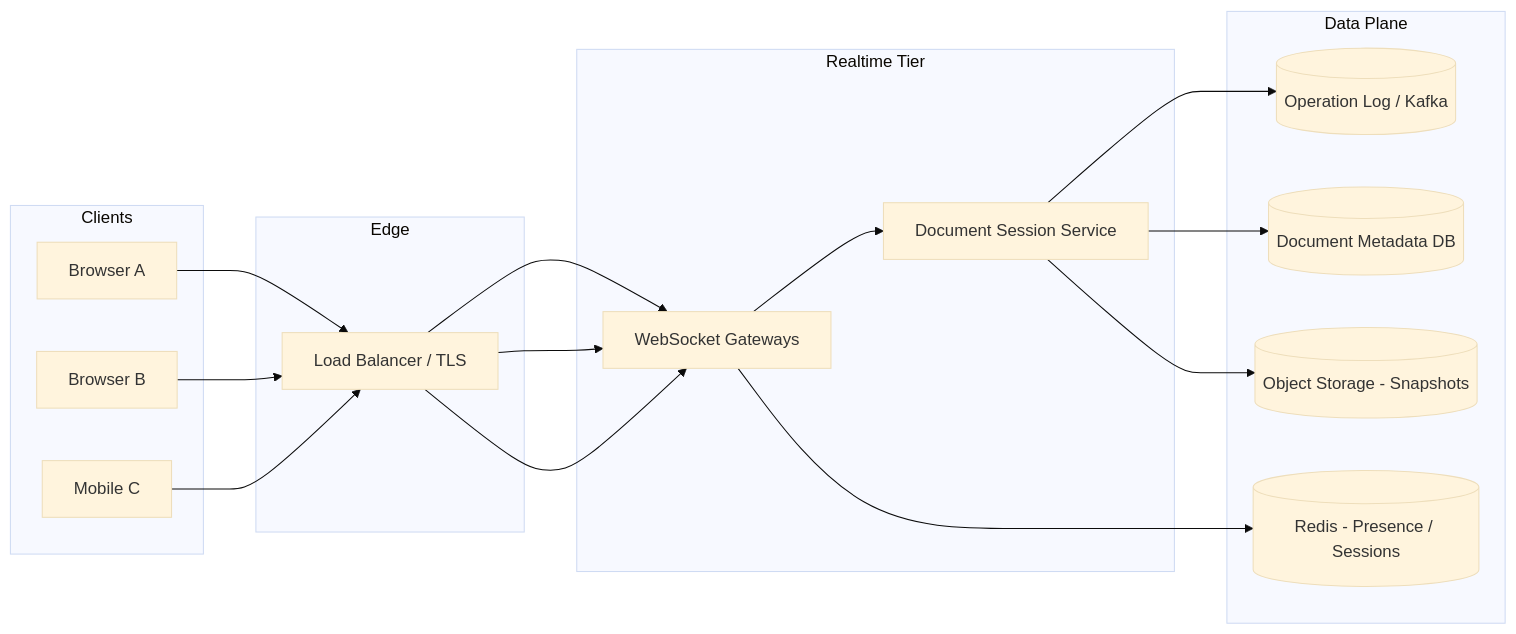
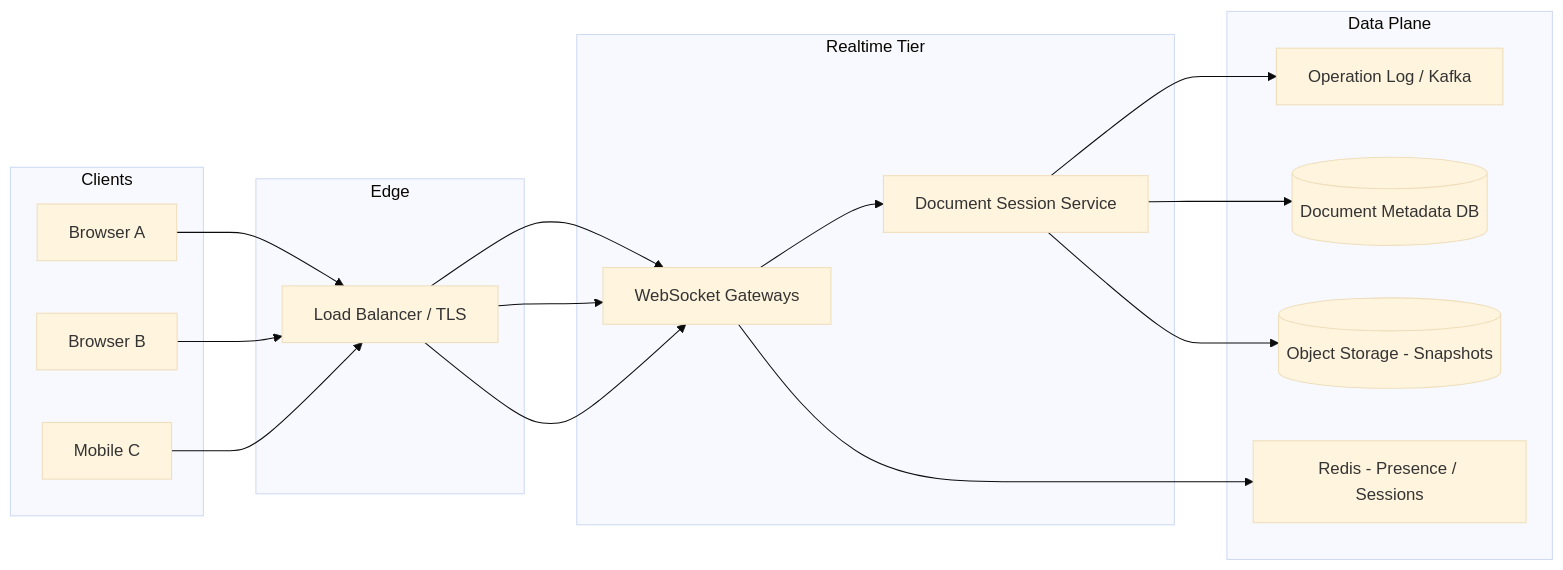
The second of 7 diagrams in docs/software_system_design/collaborative_editor.md (spawn08/system-design-interview), drawn with Mermaid (base theme) before and after one commit. The commit also changed other lines of this file and 1740 other files, not shown here.

First line of the commit message:
Add new Mermaid diagrams for consensus algorithms and data consistency models

````diff
--- a/docs/software_system_design/collaborative_editor.md
+++ b/docs/software_system_design/collaborative_editor.md
@@ -346,33 +346,33 @@
 ```mermaid
 flowchart LR
   subgraph clients [Clients]
     A[Browser A]
     B[Browser B]
     C[Mobile C]
   end
 
   subgraph edge [Edge]
     LB[Load Balancer / TLS]
   end
 
-  subgraph realtime [Realtime Tier]
+  subgraph realtime["Realtime Tier"]
     GW[WebSocket Gateways]
     DS[Document Session Service]
   end
 
-  subgraph data [Data Plane]
-    OL[(Operation Log / Kafka)]
+  subgraph data_plane["Data Plane"]
+    OL["Operation Log / Kafka"]
     DB[(Document Metadata DB)]
     OS[(Object Storage - Snapshots)]
-    CACHE[(Redis - Presence / Sessions)]
+    CACHE["Redis - Presence / Sessions"]
   end
 
   A --> LB --> GW
   B --> LB --> GW
   C --> LB --> GW
   GW --> DS
   DS --> OL
   DS --> DB
   DS --> OS
   GW --> CACHE
 ```
````
